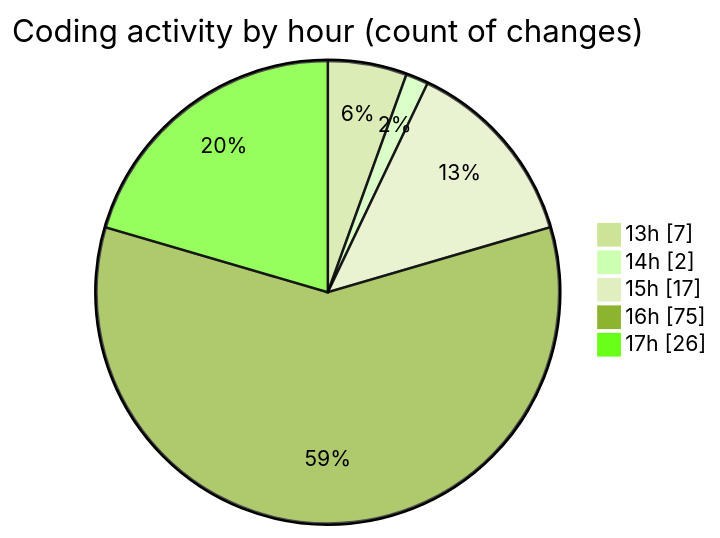
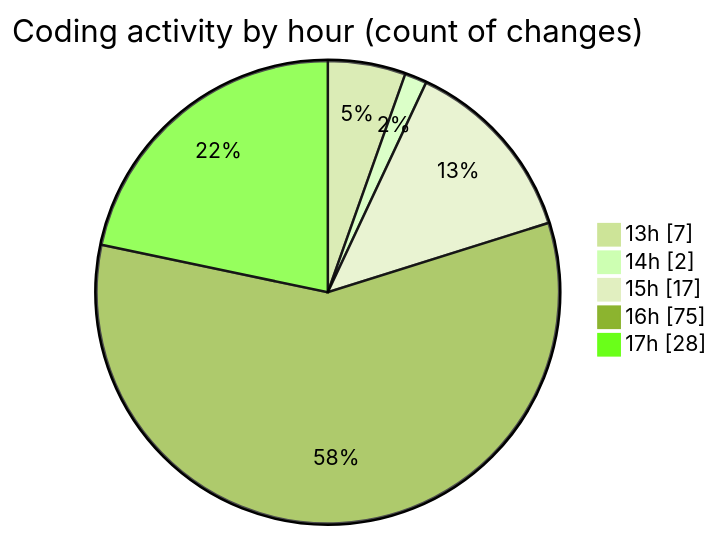
Before and after one commit to charlie-sans/code-tracking: the second of 2 diagrams in 2025-02-24/micros/README.md, drawn with Mermaid (forest theme). The commit also changed other lines of this file and 1 other file, not shown here.

````diff
--- a/2025-02-24/micros/README.md
+++ b/2025-02-24/micros/README.md
@@ -46,9 +47,9 @@
 ```mermaid
 pie showData
 title Coding activity by hour (count of changes)
 "13h" : 7
 "14h" : 2
 "15h" : 17
 "16h" : 75
-"17h" : 26
+"17h" : 28
 ```
````
